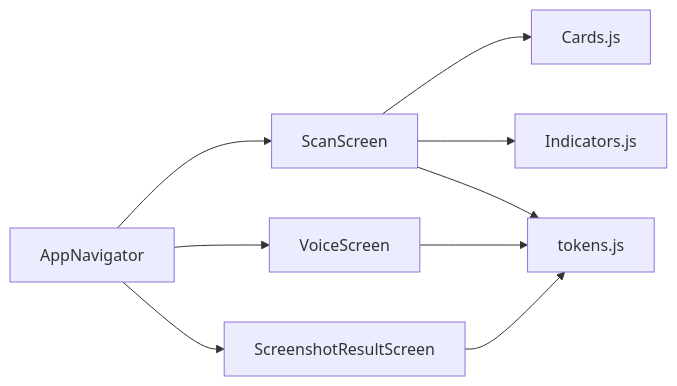
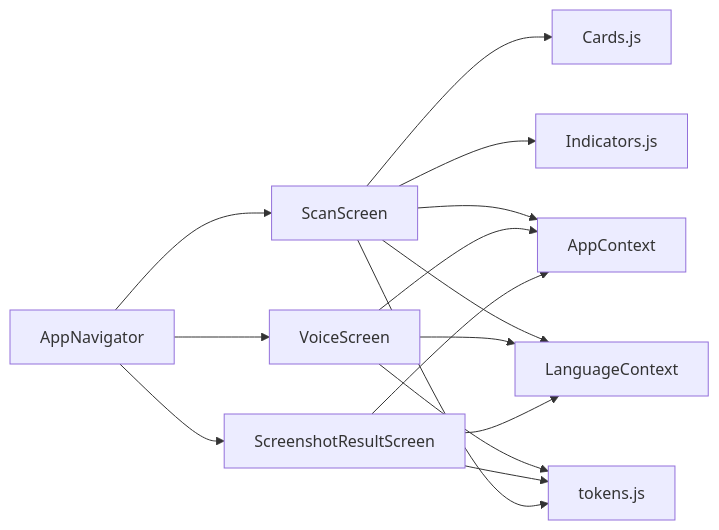
The third of 3 diagrams in .qoder/repowiki/en/content/Screens & User Workflows/Scan Interface.md (cyberNoman/Safe-Pakistan), drawn with Mermaid before and after one commit. The commit also changed other lines of this file and 52 other files, not shown here.

````diff
--- a/.qoder/repowiki/en/content/Screens & User Workflows/Scan Interface.md
+++ b/.qoder/repowiki/en/content/Screens & User Workflows/Scan Interface.md
@@ -231,11 +316,17 @@
 ```mermaid
 graph LR
 Nav["AppNavigator"] --> SS["ScanScreen"]
 Nav --> VS["VoiceScreen"]
 Nav --> SR["ScreenshotResultScreen"]
 SS --> Cards["Cards.js"]
 SS --> Ind["Indicators.js"]
+SS --> AC["AppContext"]
+SS --> LC["LanguageContext"]
 VS --> Tokens["tokens.js"]
+VS --> AC
+VS --> LC
 SR --> Tokens
+SR --> AC
+SR --> LC
 SS --> Tokens
 ```
````
